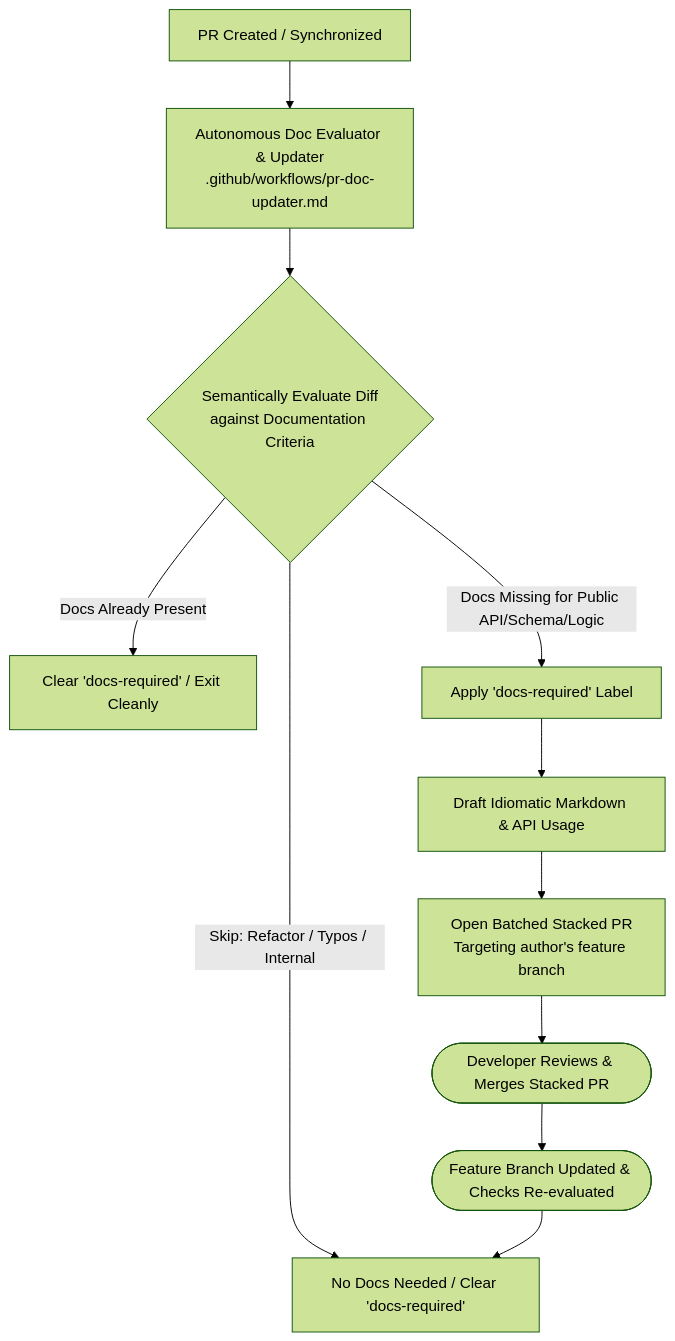
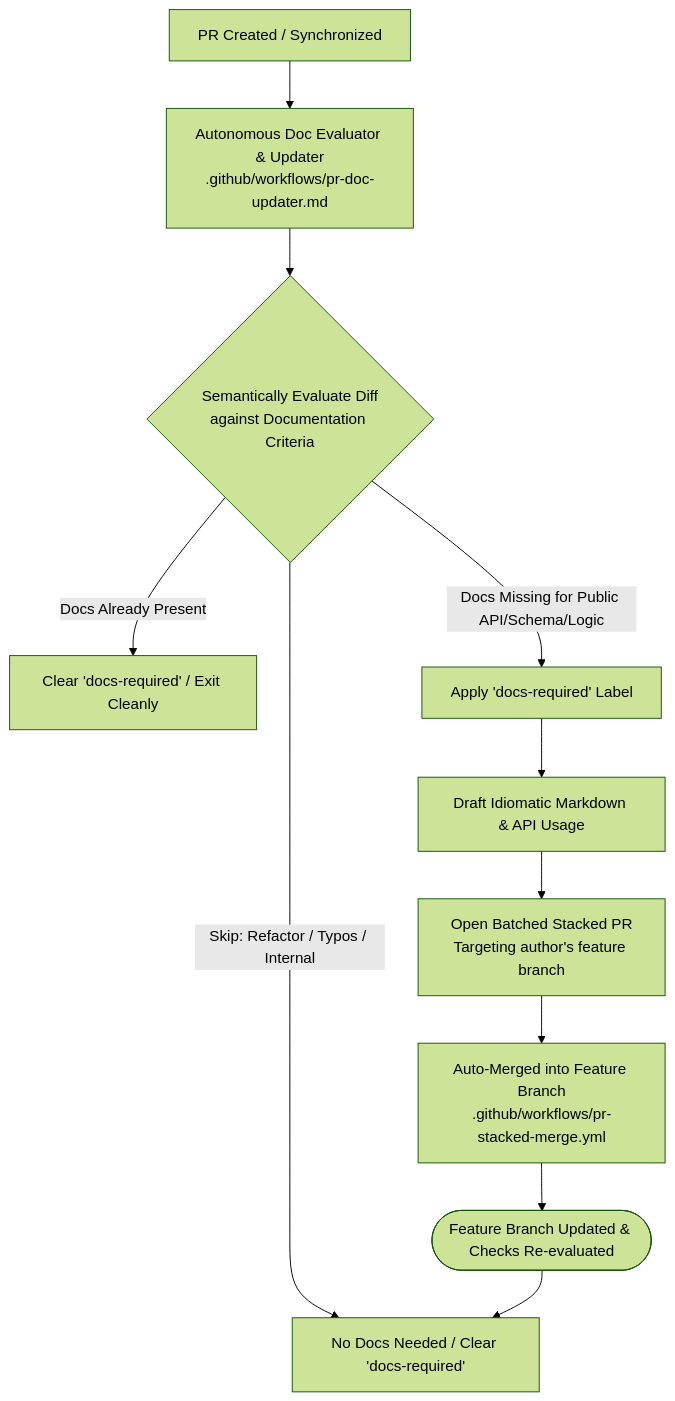
The diagram in docs/pr-docs-and-updater.md (SitoaderOrg/ForgeFlow), drawn with Mermaid (forest theme) before and after one commit. The commit also changed 3 other files, not shown here.

First line of the commit message:
docs: align module documentation and mermaid diagrams with auto-merge consolidation flow

````diff
--- a/docs/pr-docs-and-updater.md
+++ b/docs/pr-docs-and-updater.md
@@ -11,17 +11,17 @@
 ```mermaid
 flowchart TD
     PR[PR Created / Synchronized] --> DocAgent[Autonomous Doc Evaluator & Updater\n.github/workflows/pr-doc-updater.md]
     
     DocAgent --> SemanticEval{Semantically Evaluate Diff\nagainst Documentation Criteria}
 
     SemanticEval -->|Skip: Refactor / Typos / Internal| DoneNoAction[No Docs Needed / Clear 'docs-required']
     SemanticEval -->|Docs Already Present| ClearLabel[Clear 'docs-required' / Exit Cleanly]
     SemanticEval -->|Docs Missing for Public API/Schema/Logic| ApplyLabel[Apply 'docs-required' Label]
 
     ApplyLabel --> AuthorDocs[Draft Idiomatic Markdown & API Usage]
     AuthorDocs --> StackedPR[Open Batched Stacked PR\nTargeting author's feature branch]
 
-    StackedPR --> DevReview([Developer Reviews & Merges Stacked PR])
-    DevReview --> Recheck([Feature Branch Updated & Checks Re-evaluated])
+    StackedPR --> AutoMerge[Auto-Merged into Feature Branch\n.github/workflows/pr-stacked-merge.yml]
+    AutoMerge --> Recheck([Feature Branch Updated & Checks Re-evaluated])
     Recheck --> DoneNoAction
 ```
````
